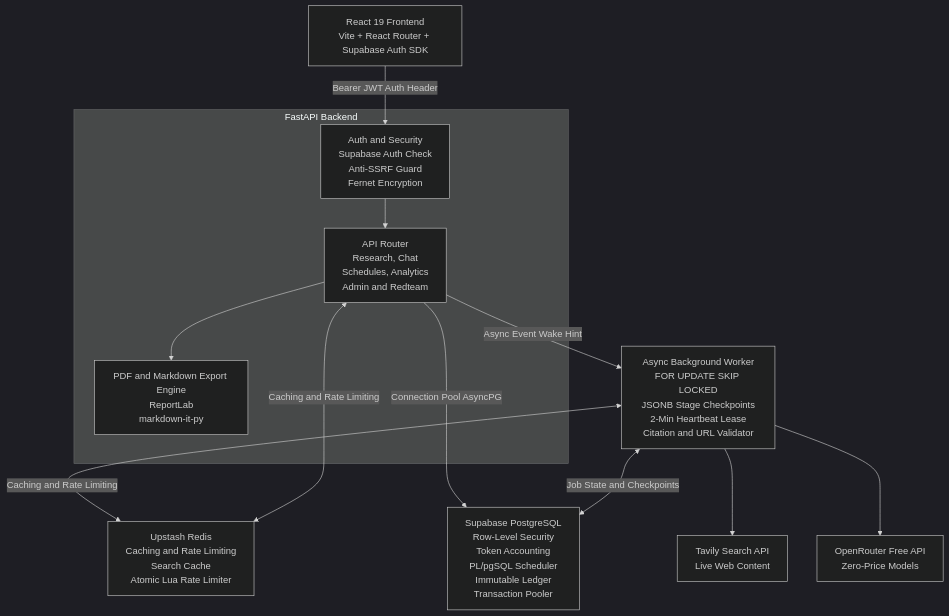
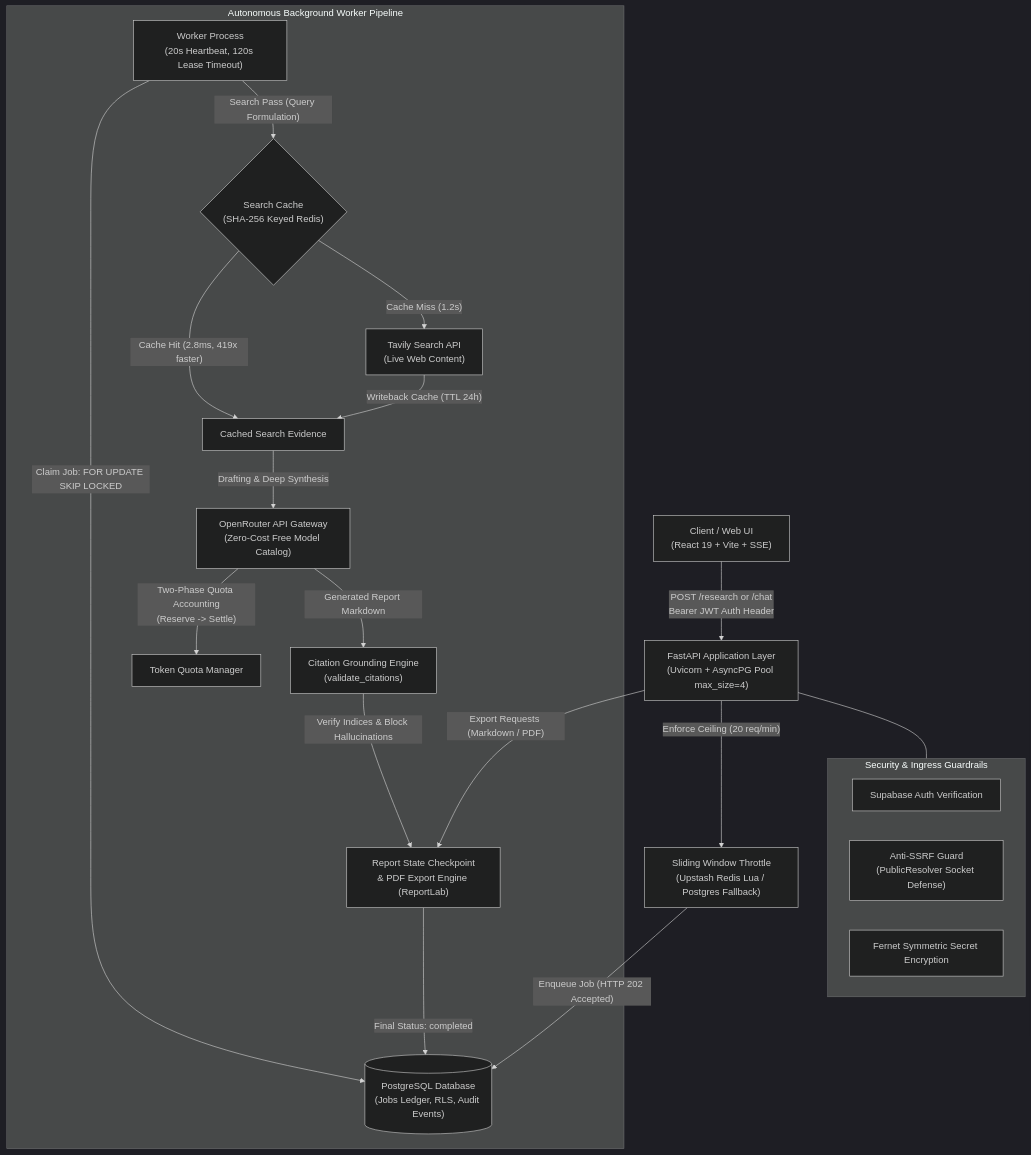
One commit to aqibraza-dev/AI-Research-Agent changed the diagram in README.md. Above: the diagram before and after it, drawn with Mermaid (dark theme). The commit also changed other lines of this file and 16 other files, not shown here.

Commit message:
System Architecture Improvement

````diff
--- a/README.md
+++ b/README.md
@@ -9,43 +38,32 @@
 ```mermaid
-flowchart TB
-
-    FE["React 19 Frontend<br/>Vite + React Router + Supabase Auth SDK"]
-
-    subgraph BACKEND["FastAPI Backend"]
-        AUTH["Auth and Security<br/>Supabase Auth Check<br/>Anti-SSRF Guard<br/>Fernet Encryption"]
-
-        API["API Router<br/>Research, Chat<br/>Schedules, Analytics<br/>Admin and Redteam"]
-
-        EXPORT["PDF and Markdown Export Engine<br/>ReportLab<br/>markdown-it-py"]
+flowchart TD
+    Client["Client / Web UI<br/>(React 19 + Vite + SSE)"] -->|"POST /research or /chat<br/>Bearer JWT Auth Header"| API["FastAPI Application Layer<br/>(Uvicorn + AsyncPG Pool max_size=4)"]
+    
+    subgraph SecurityLayer ["Security & Ingress Guardrails"]
+        AUTH["Supabase Auth Verification"]
+        SSRF["Anti-SSRF Guard<br/>(PublicResolver Socket Defense)"]
+        CRYPTO["Fernet Symmetric Secret Encryption"]
     end
-
-    WORKER["Async Background Worker<br/>FOR UPDATE SKIP LOCKED<br/>JSONB Stage Checkpoints<br/>2-Min Heartbeat Lease<br/>Citation and URL Validator"]
-
-    REDIS["Upstash Redis<br/>Caching and Rate Limiting<br/>Search Cache<br/>Atomic Lua Rate Limiter"]
-
-    DB["Supabase PostgreSQL<br/>Row-Level Security<br/>Token Accounting<br/>PL/pgSQL Scheduler<br/>Immutable Ledger<br/>Transaction Pooler"]
-
-    TAVILY["Tavily Search API<br/>Live Web Content"]
-
-    OPENROUTER["OpenRouter Free API<br/>Zero-Price Models"]
-
-    FE -->|"Bearer JWT Auth Header"| AUTH
-
-    AUTH --> API
-
-    API --> EXPORT
-
-    API -->|"Async Event Wake Hint"| WORKER
-
-    API -->|"Connection Pool AsyncPG"| DB
-
-    WORKER <-->|"Caching and Rate Limiting"| REDIS
-
-    WORKER <-->|"Job State and Checkpoints"| DB
-
-    API <-->|"Caching and Rate Limiting"| REDIS
-
-    WORKER --> TAVILY
-
-    WORKER --> OPENROUTER
+    API --- SecurityLayer
+    
+    API -->|"Enforce Ceiling (20 req/min)"| Throttle["Sliding Window Throttle<br/>(Upstash Redis Lua / Postgres Fallback)"]
+    Throttle -->|"Enqueue Job (HTTP 202 Accepted)"| PG[("PostgreSQL Database<br/>(Jobs Ledger, RLS, Audit Events)")]
+    
+    subgraph BackgroundWorker ["Autonomous Background Worker Pipeline"]
+        Worker["Worker Process<br/>(20s Heartbeat, 120s Lease Timeout)"] -->|"Claim Job: FOR UPDATE SKIP LOCKED"| PG
+        
+        Worker -->|"Search Pass (Query Formulation)"| Cache{"Search Cache<br/>(SHA-256 Keyed Redis)"}
+        Cache -->|"Cache Hit (2.8ms, 419x faster)"| CacheStore["Cached Search Evidence"]
+        Cache -->|"Cache Miss (1.2s)"| Tavily["Tavily Search API<br/>(Live Web Content)"]
+        Tavily -->|"Writeback Cache (TTL 24h)"| CacheStore
+        
+        CacheStore -->|"Drafting & Deep Synthesis"| OpenRouter["OpenRouter API Gateway<br/>(Zero-Cost Free Model Catalog)"]
+        OpenRouter -->|"Two-Phase Quota Accounting<br/>(Reserve -> Settle)"| TokenMgr["Token Quota Manager"]
+        
+        OpenRouter -->|"Generated Report Markdown"| Validator["Citation Grounding Engine<br/>(validate_citations)"]
+        Validator -->|"Verify Indices & Block Hallucinations"| ReportDurability["Report State Checkpoint<br/>& PDF Export Engine (ReportLab)"]
+    end
+    
+    ReportDurability -->|"Final Status: completed"| PG
+    API -->|"Export Requests (Markdown / PDF)"| ReportDurability
 ```
````
